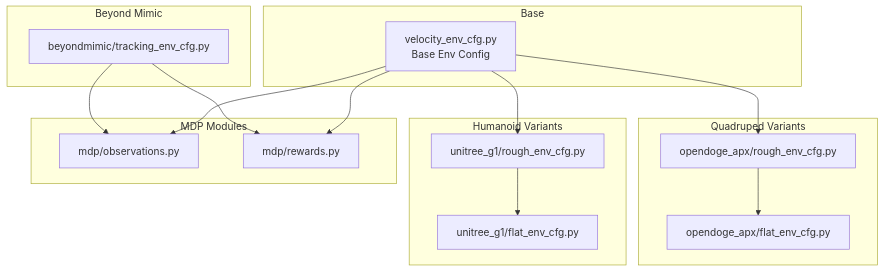
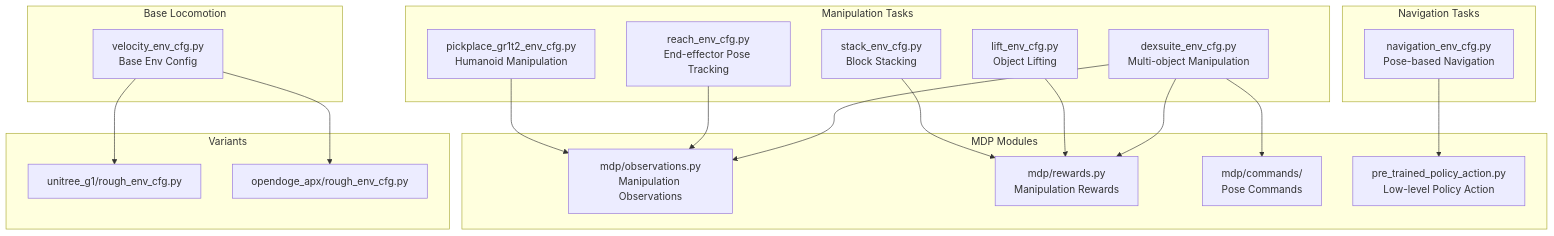
The first of 9 diagrams in .qoder/repowiki/en/content/Task Configuration Framework/Task Configuration Framework.md (jayjayhust/robot_lab), drawn with Mermaid before and after one commit. The commit also changed other lines of this file and 34 other files, not shown here.

Commit message:
remove robot_lab unitree-g1 directory and add isaaclab g1 directory for locomotion training

````diff
--- a/.qoder/repowiki/en/content/Task Configuration Framework/Task Configuration Framework.md
+++ b/.qoder/repowiki/en/content/Task Configuration Framework/Task Configuration Framework.md
@@ -33,29 +52,36 @@
 ```mermaid
 graph TB
-subgraph "Base"
+subgraph "Base Locomotion"
 VCFG["velocity_env_cfg.py<br/>Base Env Config"]
 end
-subgraph "Humanoid Variants"
-UGR["unitree_g1/rough_env_cfg.py"]
-UGF["unitree_g1/flat_env_cfg.py"]
+subgraph "Manipulation Tasks"
+DEX["dexsuite_env_cfg.py<br/>Multi-object Manipulation"]
+REACH["reach_env_cfg.py<br/>End-effector Pose Tracking"]
+LIFT["lift_env_cfg.py<br/>Object Lifting"]
+PICKPLACE["pickplace_gr1t2_env_cfg.py<br/>Humanoid Manipulation"]
+STACK["stack_env_cfg.py<br/>Block Stacking"]
 end
-subgraph "Quadruped Variants"
-OAR["opendoge_apx/rough_env_cfg.py"]
-OAF["opendoge_apx/flat_env_cfg.py"]
+subgraph "Navigation Tasks"
+NAV["navigation_env_cfg.py<br/>Pose-based Navigation"]
 end
 subgraph "MDP Modules"
-OBS["mdp/observations.py"]
-REW["mdp/rewards.py"]
+OBS["mdp/observations.py<br/>Manipulation Observations"]
+REW["mdp/rewards.py<br/>Manipulation Rewards"]
+CMD["mdp/commands/<br/>Pose Commands"]
+PTP["pre_trained_policy_action.py<br/>Low-level Policy Action"]
 end
-subgraph "Beyond Mimic"
-BM["beyondmimic/tracking_env_cfg.py"]
+subgraph "Variants"
+UGR["unitree_g1/rough_env_cfg.py"]
+OAR["opendoge_apx/rough_env_cfg.py"]
 end
 VCFG --> UGR
 VCFG --> OAR
-UGR --> UGF
-OAR --> OAF
-VCFG --> OBS
-VCFG --> REW
-BM --> OBS
-BM --> REW
+DEX --> OBS
+DEX --> REW
+DEX --> CMD
+NAV --> PTP
+REACH --> OBS
+LIFT --> REW
+PICKPLACE --> OBS
+STACK --> REW
 ```
````
